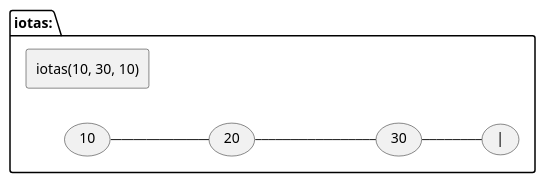
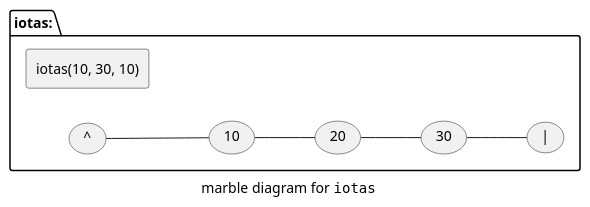
Before and after one commit to kirkshoop/sequence-next: diagram 12 of 16 in sequences.md, drawn with PlantUML. The commit also changed other lines of this file, not shown here.

Commit message:
more diagrams and algorithm descriptions

````diff
--- a/sequences.md
+++ b/sequences.md
@@ -478,9 +556,11 @@
 ```plantuml
+caption marble diagram for ""iotas""
 left to right direction
 package iotas: {
 rectangle ""iotas(10, 30, 10)""
+(^) -- (10)
 (10) -- (20)
-(20) --- (30)
+(20) -- (30)
 (30) -- (|)
 }
 ```
````
